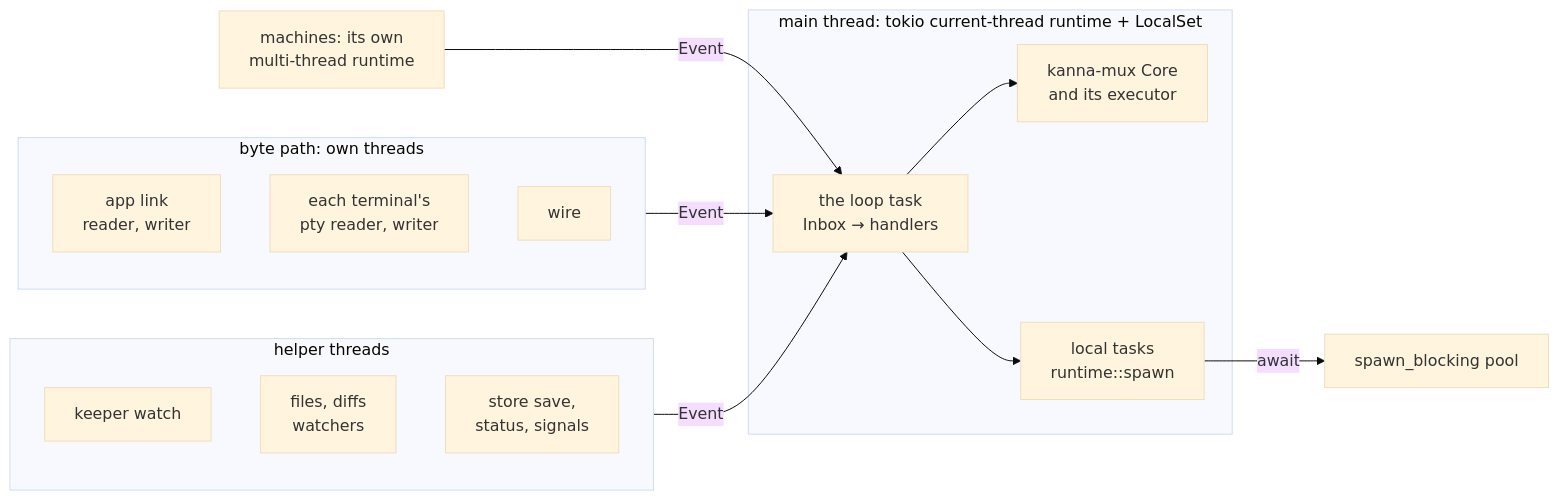
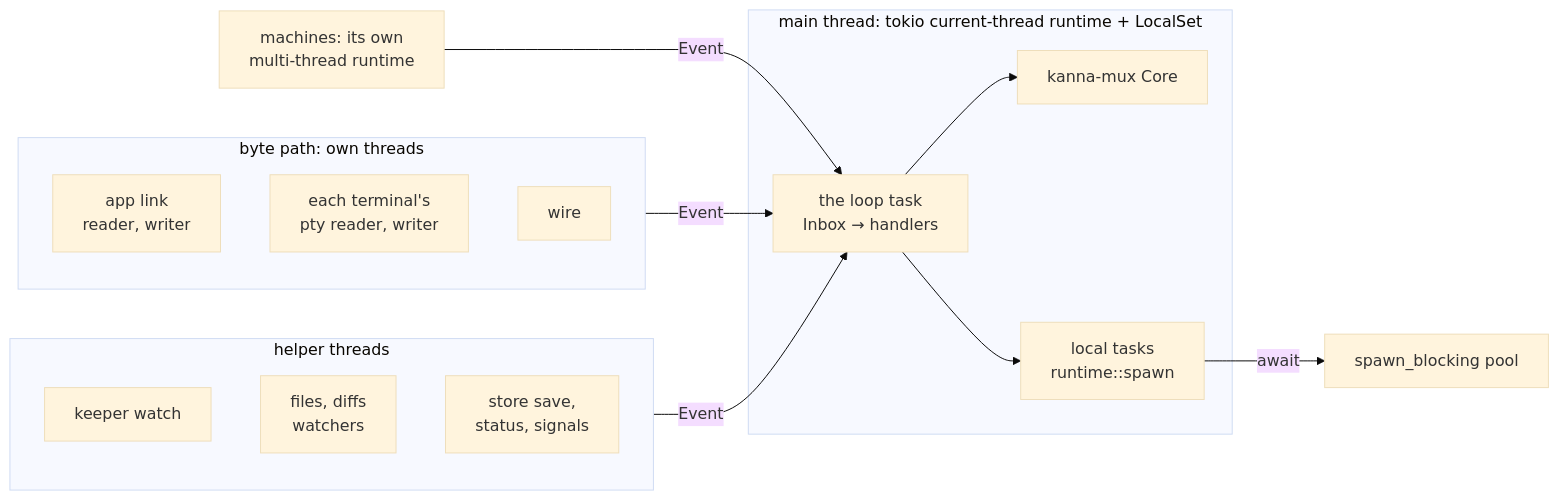
One commit to tampopogk/kanna changed the diagram in docs/specs/daemon-runtime.md. Above: the diagram before and after it, drawn with Mermaid (base theme). The commit also changed other lines of this file and 12 other files, not shown here.

Commit message:
Tokio is the one executor: kanna-mux's Core owns the runtime and the LocalSet, its futures run there in the order they were asked for, timed through set_timing, and Event::Wake, core.poll and set_wakeup are gone; the loop yields once per iteration

````diff
--- a/docs/specs/daemon-runtime.md
+++ b/docs/specs/daemon-runtime.md
@@ -21,26 +21,26 @@
 ```mermaid
 flowchart LR
   subgraph main["main thread: tokio current-thread runtime + LocalSet"]
     loop["the loop task<br/>Inbox → handlers"]
-    mux["kanna-mux Core<br/>and its executor"]
+    mux["kanna-mux Core"]
     tasks["local tasks<br/>runtime::spawn"]
     loop --> mux
     loop --> tasks
   end
   subgraph bytes["byte path: own threads"]
     link["app link<br/>reader, writer"]
     pty["each terminal's<br/>pty reader, writer"]
     wire["wire"]
   end
   subgraph helpers["helper threads"]
     keeper["keeper watch"]
     work["files, diffs<br/>watchers"]
     save["store save,<br/>status, signals"]
   end
   pool["spawn_blocking pool"]
   machines["machines: its own<br/>multi-thread runtime"]
   bytes -- "Event" --> loop
   helpers -- "Event" --> loop
   machines -- "Event" --> loop
   tasks -- "await" --> pool
 ```
````
